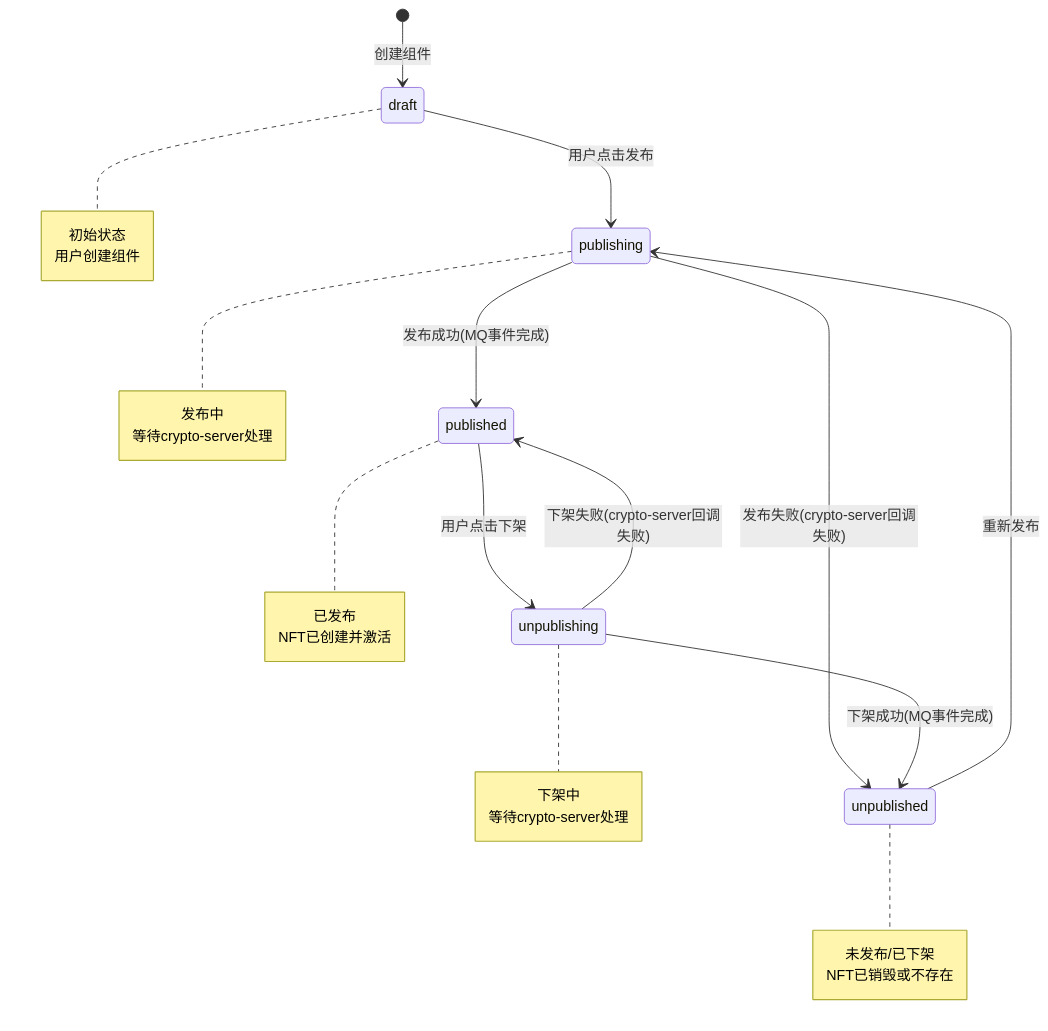
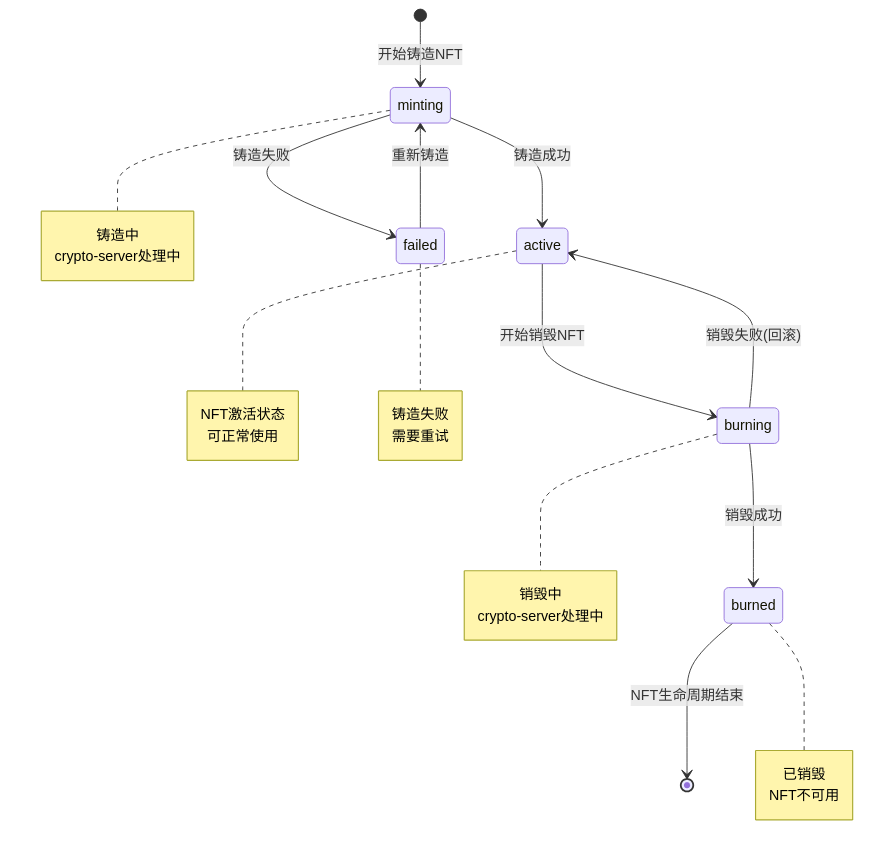
One commit to yingjianzh/iodraw-files changed the diagram in all/未命名-76.md. Above: the diagram before and after it, drawn with Mermaid.

Commit message:
2025-07-08 11:00:11 update

````diff
--- a/all/未命名-76.md
+++ b/all/未命名-76.md
@@ -1,38 +1,38 @@
 ```mermaid
 stateDiagram-v2
-    [*] --> draft: 创建组件
-    draft --> publishing: 用户点击发布
-    publishing --> published: 发布成功(MQ事件完成)
-    publishing --> unpublished: 发布失败(crypto-server回调失败)
+    [*] --> minting: 开始铸造NFT
+    minting --> active: 铸造成功
+    minting --> failed: 铸造失败
     
-    published --> unpublishing: 用户点击下架
-    unpublishing --> unpublished: 下架成功(MQ事件完成)
-    unpublishing --> published: 下架失败(crypto-server回调失败)
+    active --> burning: 开始销毁NFT
+    burning --> burned: 销毁成功
+    burning --> active: 销毁失败(回滚)
     
-    unpublished --> publishing: 重新发布
+    failed --> minting: 重新铸造
+    burned --> [*]: NFT生命周期结束
     
-    note right of draft
-        初始状态
-        用户创建组件
+    note right of minting
+        铸造中
+        crypto-server处理中
     end note
     
-    note right of publishing
-        发布中
-        等待crypto-server处理
+    note right of active
+        NFT激活状态
+        可正常使用
     end note
     
-    note right of published
-        已发布
-        NFT已创建并激活
+    note right of burning
+        销毁中
+        crypto-server处理中
     end note
     
-    note right of unpublishing
-        下架中
-        等待crypto-server处理
+    note right of burned
+        已销毁
+        NFT不可用
     end note
     
-    note right of unpublished
-        未发布/已下架
-        NFT已销毁或不存在
+    note right of failed
+        铸造失败
+        需要重试
     end note
 ```
````
